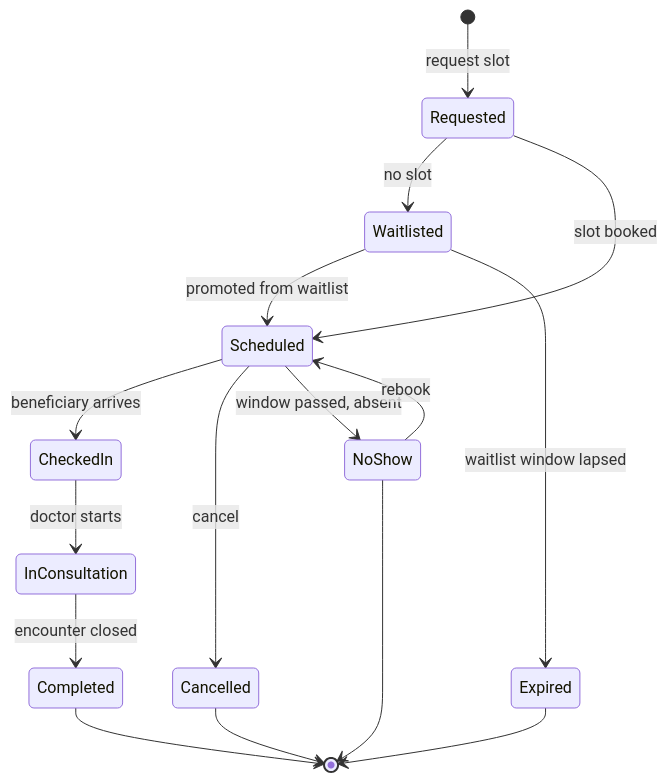
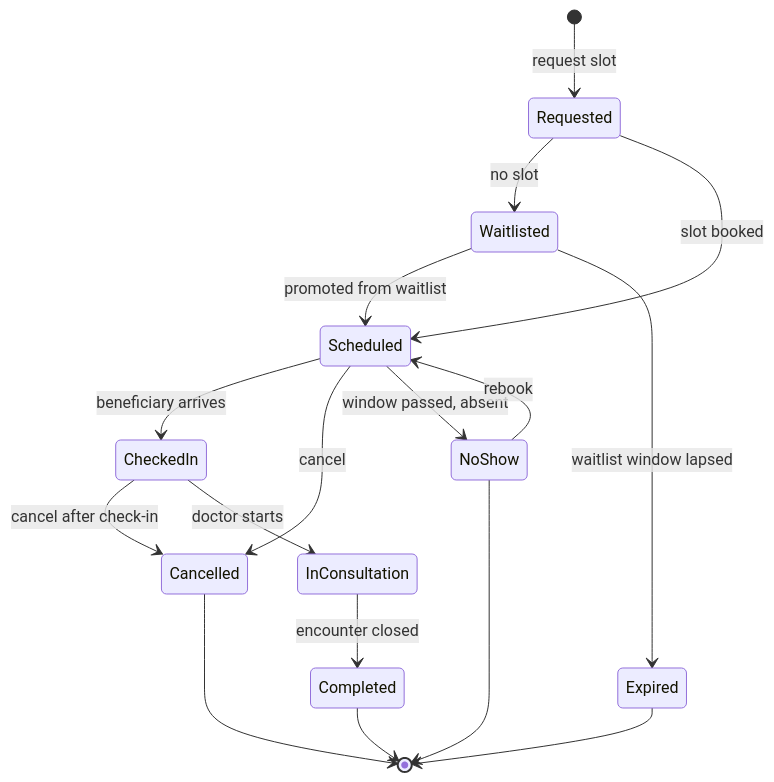
One commit to MohabFikry/HBMP changed the sixth of 11 diagrams in HBMP-Design/23-state-machines.md. Above: the diagram before and after it, drawn with Mermaid. The commit also changed 23 other files, not shown here.

````diff
--- a/HBMP-Design/23-state-machines.md
+++ b/HBMP-Design/23-state-machines.md
@@ -230,18 +230,19 @@
 ```mermaid
 stateDiagram-v2
     [*] --> Requested: request slot
     Requested --> Waitlisted: no slot
     Requested --> Scheduled: slot booked
     Waitlisted --> Scheduled: promoted from waitlist
     Waitlisted --> Expired: waitlist window lapsed
     Scheduled --> CheckedIn: beneficiary arrives
     Scheduled --> Cancelled: cancel
+    CheckedIn --> Cancelled: cancel after check-in
     Scheduled --> NoShow: window passed, absent
     NoShow --> Scheduled: rebook
     CheckedIn --> InConsultation: doctor starts
     InConsultation --> Completed: encounter closed
     Completed --> [*]
     Cancelled --> [*]
     Expired --> [*]
     NoShow --> [*]
 ```
````
